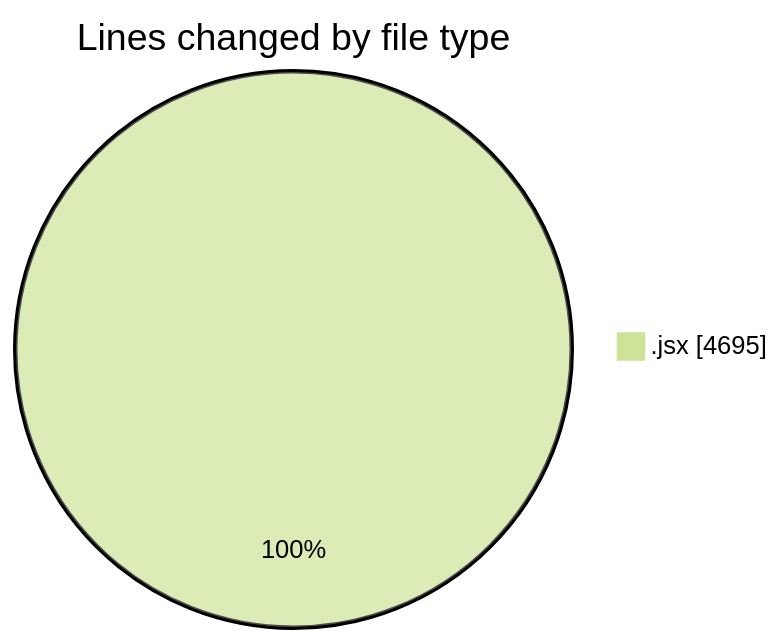
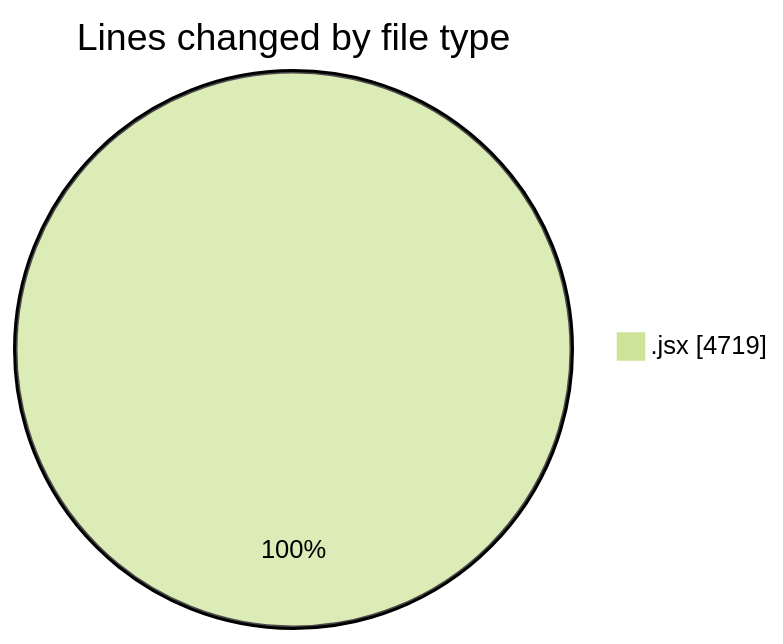
Before and after one commit to nxtqubesakshisongat/code-tracking: the first of 2 diagrams in 2025-10-14/nxtqube_webapp/README.md, drawn with Mermaid (forest theme). The commit also changed other lines of this file and 1 other file, not shown here.

````diff
--- a/2025-10-14/nxtqube_webapp/README.md
+++ b/2025-10-14/nxtqube_webapp/README.md
@@ -21,5 +21,5 @@
 ```mermaid
 pie showData
 title Lines changed by file type
-".jsx" : 4695
+".jsx" : 4719
 ```
````
